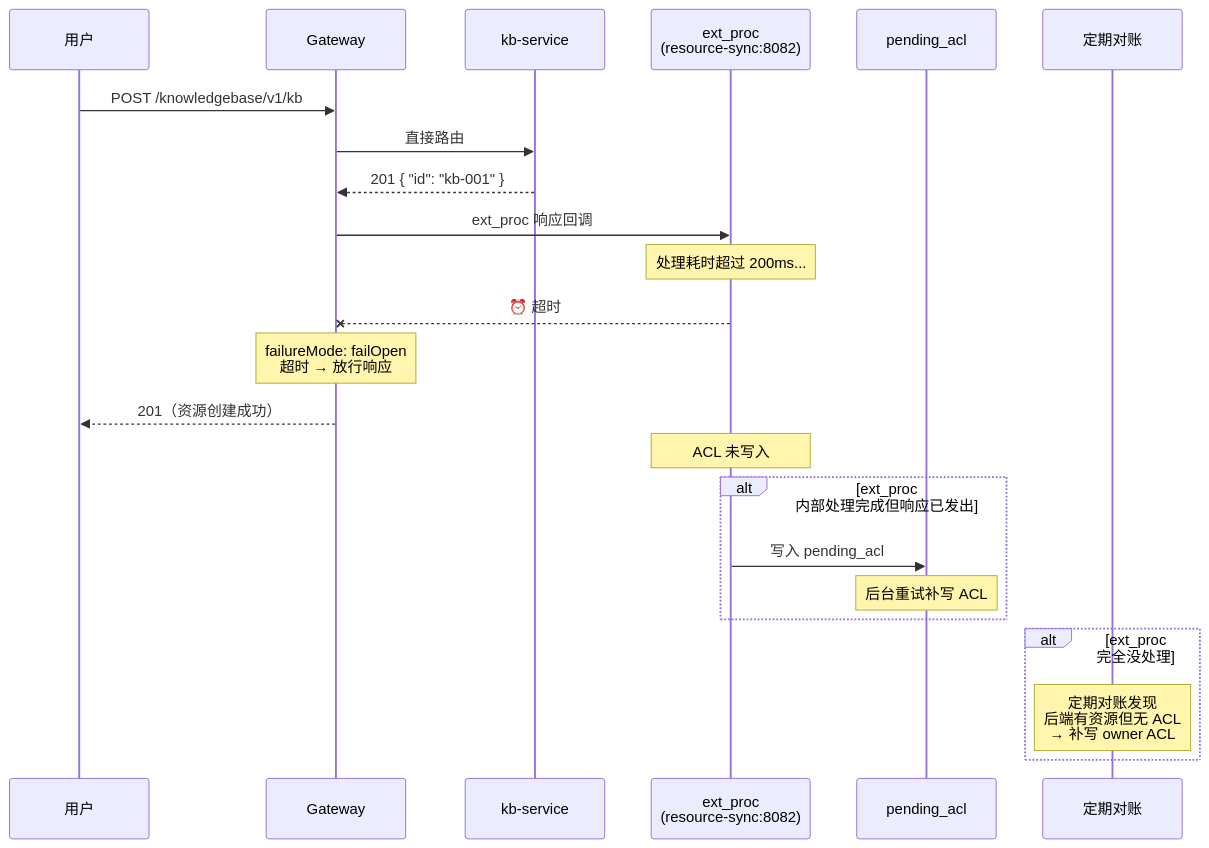
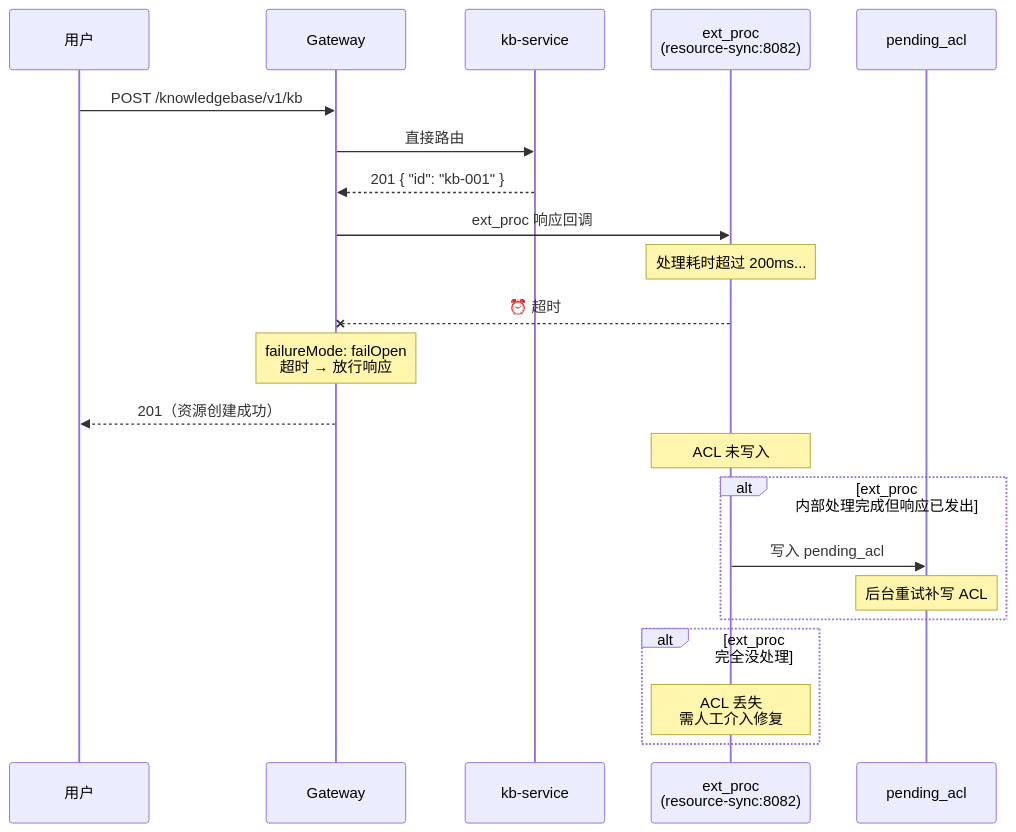
One commit to xiewanchao/aidp-iam changed diagram 11 of 14 in diagrams/failure-scenarios.md. Above: the diagram before and after it, drawn with Mermaid. The commit also changed other lines of this file and 43 other files, not shown here.

````diff
--- a/diagrams/failure-scenarios.md
+++ b/diagrams/failure-scenarios.md
@@ -438,31 +400,30 @@
 ```mermaid
 sequenceDiagram
     participant U as 用户
     participant GW as Gateway
     participant KB as kb-service
     participant EP as ext_proc<br/>(resource-sync:8082)
     participant PA as pending_acl
-    participant RECON as 定期对账
 
     U->>GW: POST /knowledgebase/v1/kb
     GW->>KB: 直接路由
     KB-->>GW: 201 { "id": "kb-001" }
 
     GW->>EP: ext_proc 响应回调
     Note over EP: 处理耗时超过 200ms...
     EP--xGW: ⏰ 超时
 
     Note over GW: failureMode: failOpen<br/>超时 → 放行响应
     GW-->>U: 201（资源创建成功）
 
     Note over EP: ACL 未写入
 
     alt ext_proc 内部处理完成但响应已发出
         EP->>PA: 写入 pending_acl
         Note over PA: 后台重试补写 ACL
     end
 
     alt ext_proc 完全没处理
-        Note over RECON: 定期对账发现<br/>后端有资源但无 ACL<br/>→ 补写 owner ACL
+        Note over EP: ACL 丢失<br/>需人工介入修复
     end
 ```
````
